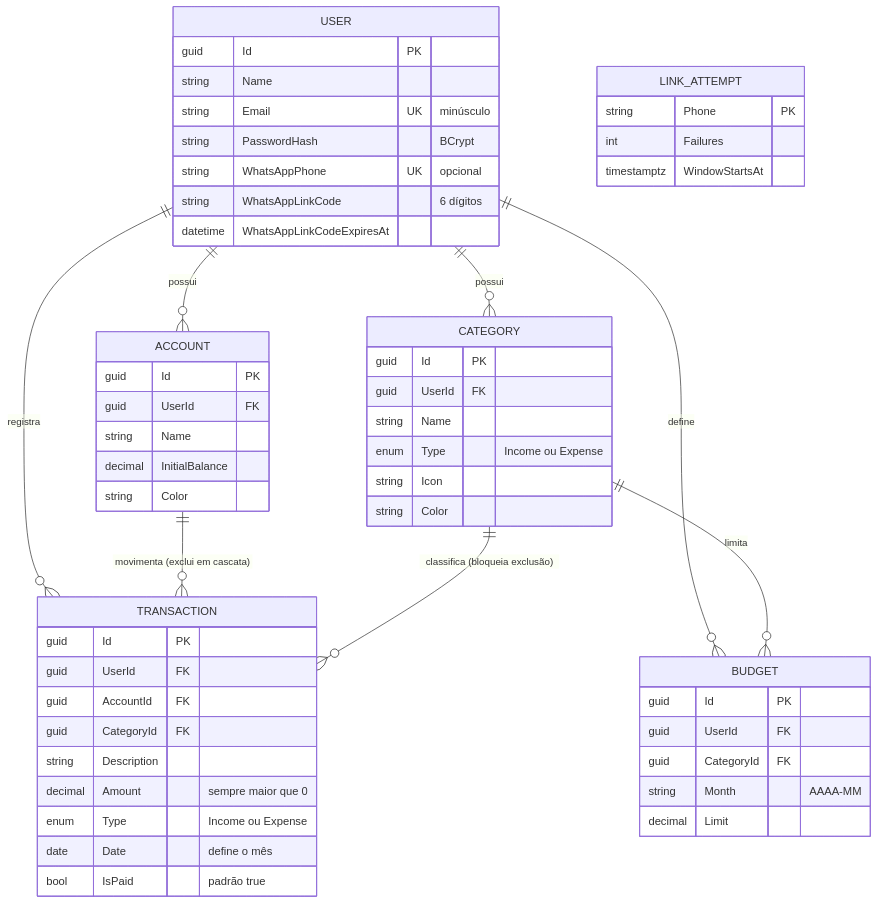
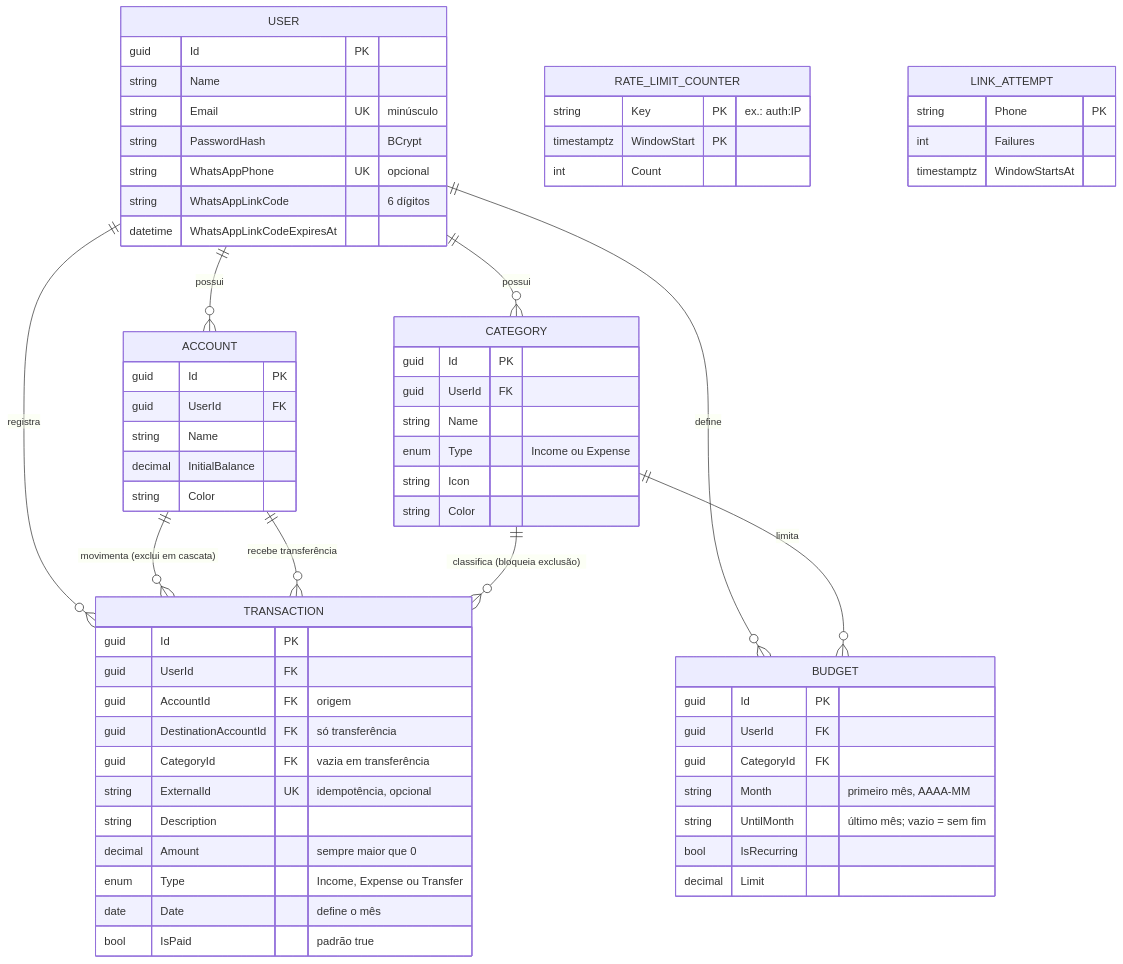
Before and after one commit to Williansouzh/economize: the second of 6 diagrams in docs/ARQUITETURA.md, drawn with Mermaid. The commit also changed other lines of this file and 40 other files, not shown here.

````diff
--- a/docs/ARQUITETURA.md
+++ b/docs/ARQUITETURA.md
@@ -74,57 +74,67 @@
 ```mermaid
 erDiagram
   USER ||--o{ ACCOUNT : possui
   USER ||--o{ CATEGORY : possui
   USER ||--o{ TRANSACTION : registra
   USER ||--o{ BUDGET : define
   ACCOUNT ||--o{ TRANSACTION : "movimenta (exclui em cascata)"
+  ACCOUNT ||--o{ TRANSACTION : "recebe transferência"
   CATEGORY ||--o{ TRANSACTION : "classifica (bloqueia exclusão)"
   CATEGORY ||--o{ BUDGET : limita
   USER {
     guid Id PK
     string Name
     string Email UK "minúsculo"
     string PasswordHash "BCrypt"
     string WhatsAppPhone UK "opcional"
     string WhatsAppLinkCode "6 dígitos"
     datetime WhatsAppLinkCodeExpiresAt
   }
   ACCOUNT {
     guid Id PK
     guid UserId FK
     string Name
     decimal InitialBalance
     string Color
   }
   CATEGORY {
     guid Id PK
     guid UserId FK
     string Name
     enum Type "Income ou Expense"
     string Icon
     string Color
   }
   TRANSACTION {
     guid Id PK
     guid UserId FK
-    guid AccountId FK
-    guid CategoryId FK
+    guid AccountId FK "origem"
+    guid DestinationAccountId FK "só transferência"
+    guid CategoryId FK "vazia em transferência"
+    string ExternalId UK "idempotência, opcional"
     string Description
     decimal Amount "sempre maior que 0"
-    enum Type "Income ou Expense"
+    enum Type "Income, Expense ou Transfer"
     date Date "define o mês"
     bool IsPaid "padrão true"
   }
   BUDGET {
     guid Id PK
     guid UserId FK
     guid CategoryId FK
-    string Month "AAAA-MM"
+    string Month "primeiro mês, AAAA-MM"
+    string UntilMonth "último mês; vazio = sem fim"
+    bool IsRecurring
     decimal Limit
+  }
+  RATE_LIMIT_COUNTER {
+    string Key PK "ex.: auth:IP"
+    timestamptz WindowStart PK
+    int Count
   }
   LINK_ATTEMPT {
     string Phone PK
     int Failures
     timestamptz WindowStartsAt
   }
 ```
````
